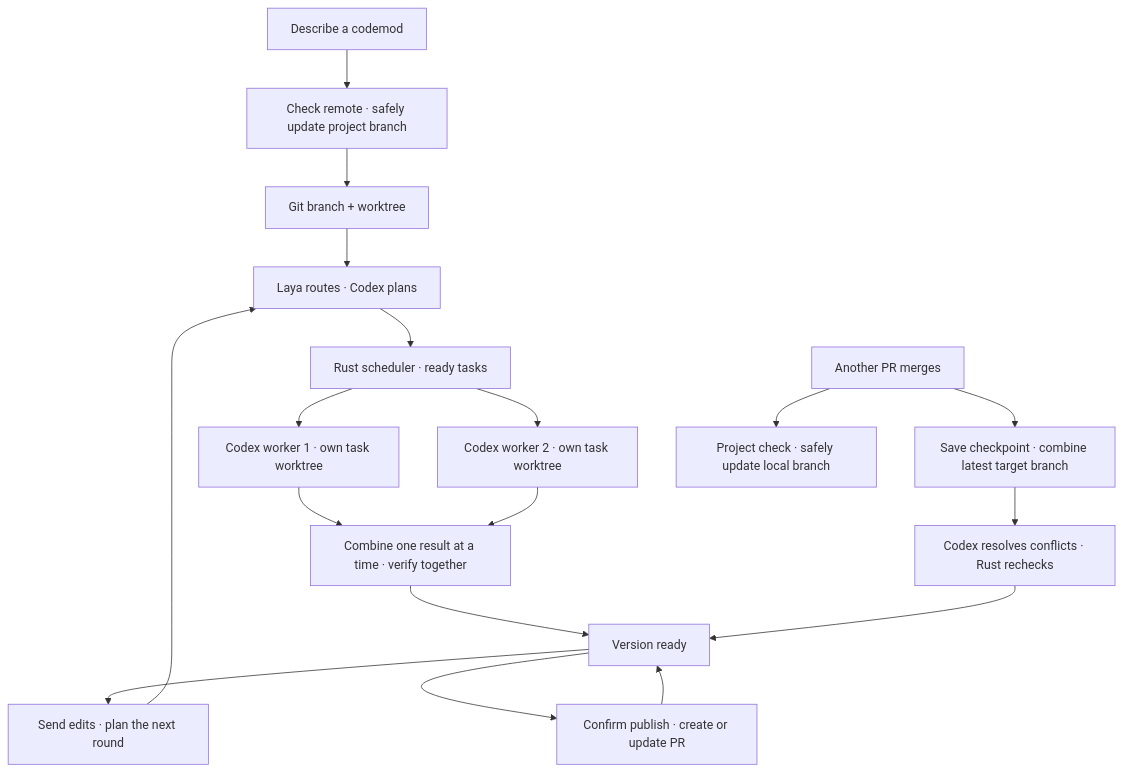
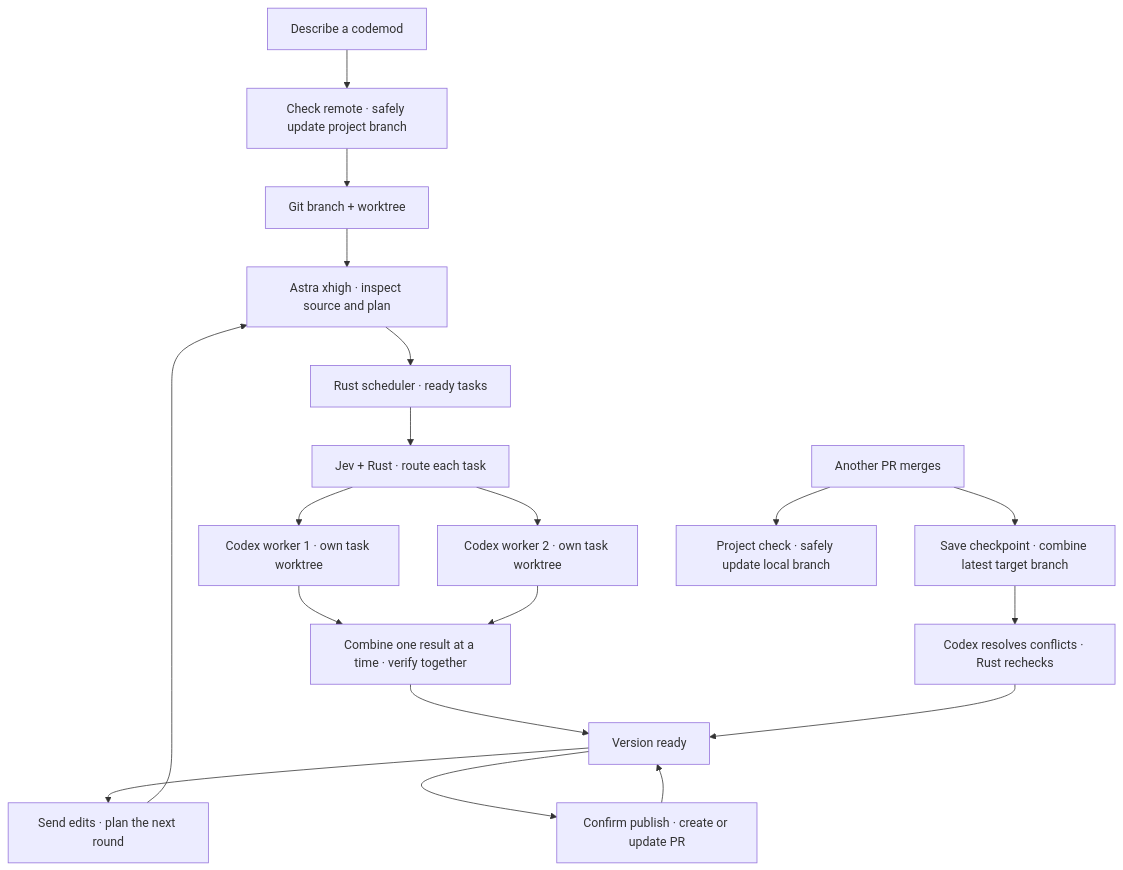
Before and after one commit to minimumeffort-dev/sprowt.harness: the diagram in README.md, drawn with Mermaid. The commit also changed other lines of this file and 19 other files, not shown here.

Commit message:
Replace Laya with Jev task routing and Astra xhigh planning

````diff
--- a/README.md
+++ b/README.md
@@ -33,20 +33,21 @@
 ```mermaid
 flowchart TB
     goal["Describe a codemod"] --> sync["Check remote · safely update project branch"]
     sync --> setup["Git branch + worktree"]
-    setup --> planner["Laya routes · Codex plans"]
+    setup --> planner["Astra xhigh · inspect source and plan"]
     planner --> schedule["Rust scheduler · ready tasks"]
-    schedule --> first["Codex worker 1 · own task worktree"]
-    schedule --> second["Codex worker 2 · own task worktree"]
+    schedule --> route["Jev + Rust · route each task"]
+    route --> first["Codex worker 1 · own task worktree"]
+    route --> second["Codex worker 2 · own task worktree"]
     first --> combine["Combine one result at a time · verify together"]
     second --> combine
     combine --> ready["Version ready"]
     ready --> edits["Send edits · plan the next round"]
     edits --> planner
     ready --> publish["Confirm publish · create or update PR"]
     publish --> ready
     upstream["Another PR merges"] --> update["Save checkpoint · combine latest target branch"]
     upstream --> local["Project check · safely update local branch"]
     update --> verify["Codex resolves conflicts · Rust rechecks"]
     verify --> ready
 ```
````
